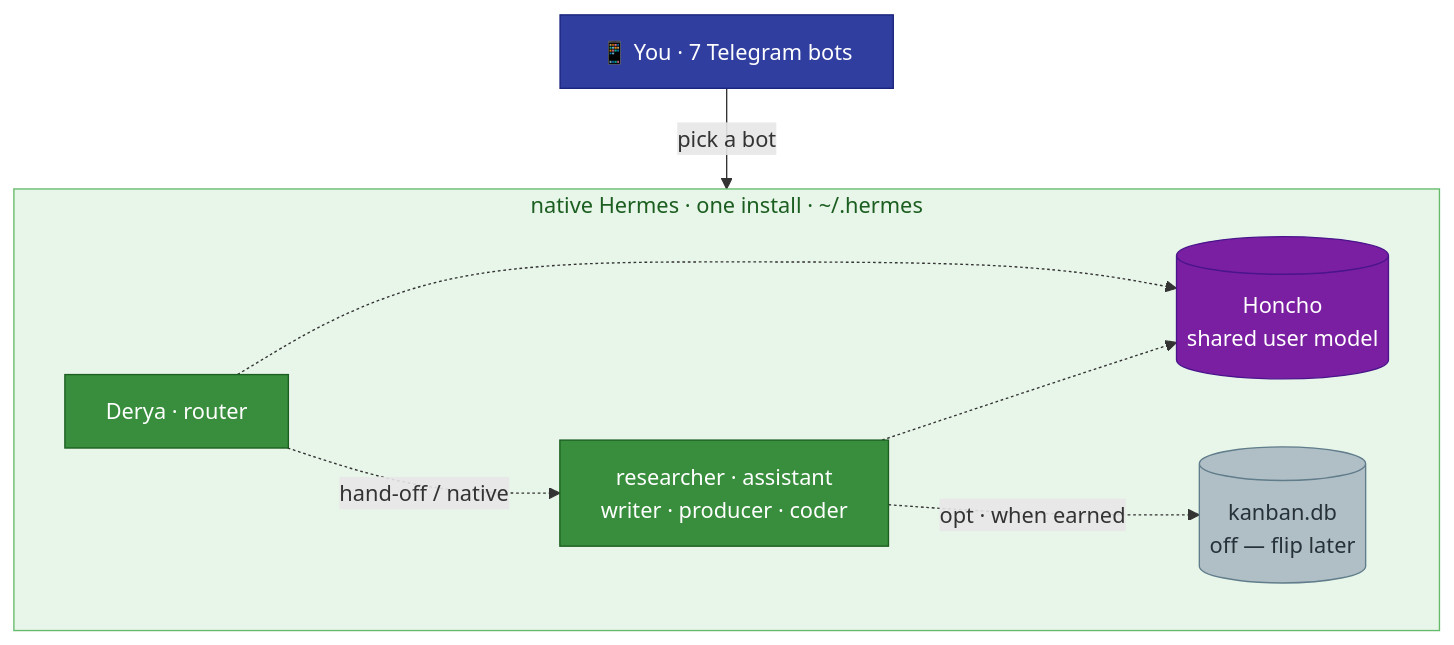
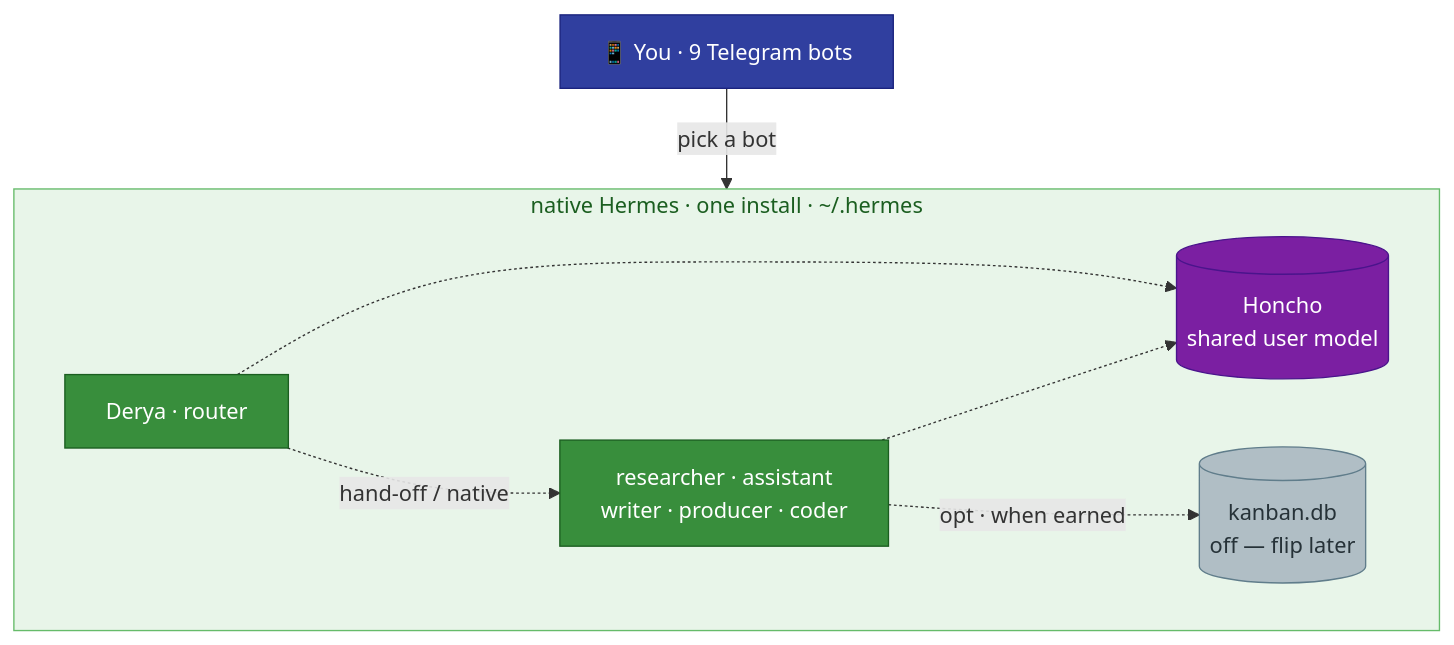
Before and after one commit to mpolatcan/hermes-setup: the diagram in docs/12-agent-comms.md, drawn with Mermaid. The commit also changed other lines of this file and 8 other files, not shown here.

````diff
--- a/docs/12-agent-comms.md
+++ b/docs/12-agent-comms.md
@@ -7,21 +7,21 @@
 ```mermaid
 flowchart TB
-    you["📱 You · 7 Telegram bots"]:::user
+    you["📱 You · 9 Telegram bots"]:::user
     subgraph install["native Hermes · one install · ~/.hermes"]
         direction LR
         derya["Derya · router"]:::mini
         others["researcher · assistant<br/>writer · producer · coder"]:::mini
         honcho[("Honcho<br/>shared user model")]:::infra
         board[("kanban.db<br/>off — flip later")]:::off
     end
     you -->|pick a bot| install
     derya -.->|hand-off / native| others
     others -.-> honcho
     derya -.-> honcho
     others -. "opt · when earned" .-> board
     classDef user fill:#303F9F,stroke:#1A237E,color:#fff
     classDef mini fill:#388E3C,stroke:#1B5E20,color:#fff
     classDef infra fill:#7B1FA2,stroke:#4A148C,color:#fff
     classDef off fill:#B0BEC5,stroke:#607D8B,color:#263238
     style install fill:#E8F5E9,stroke:#66BB6A,color:#1B5E20
 ```
````
